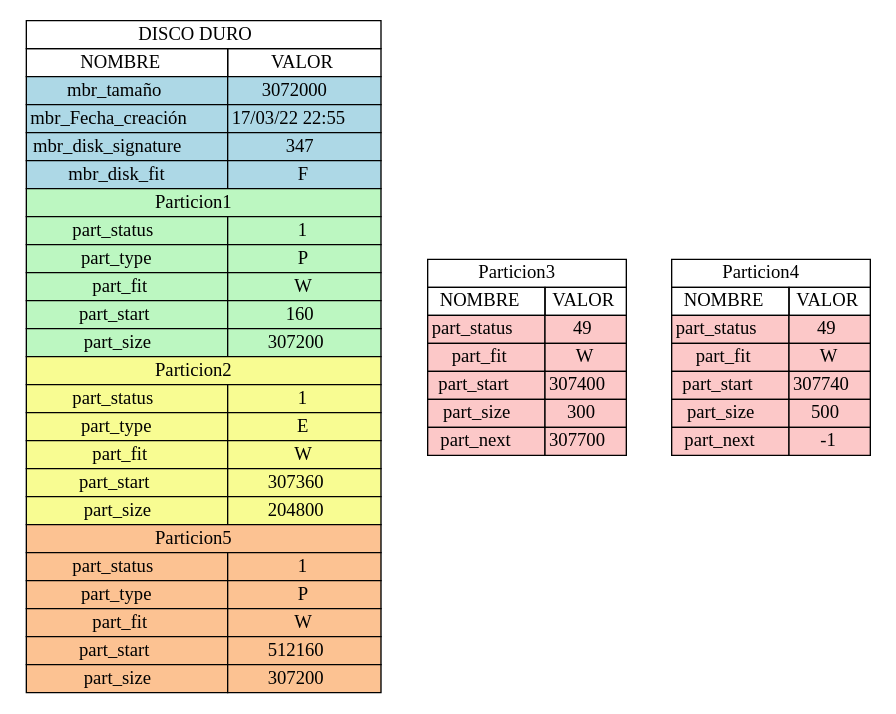
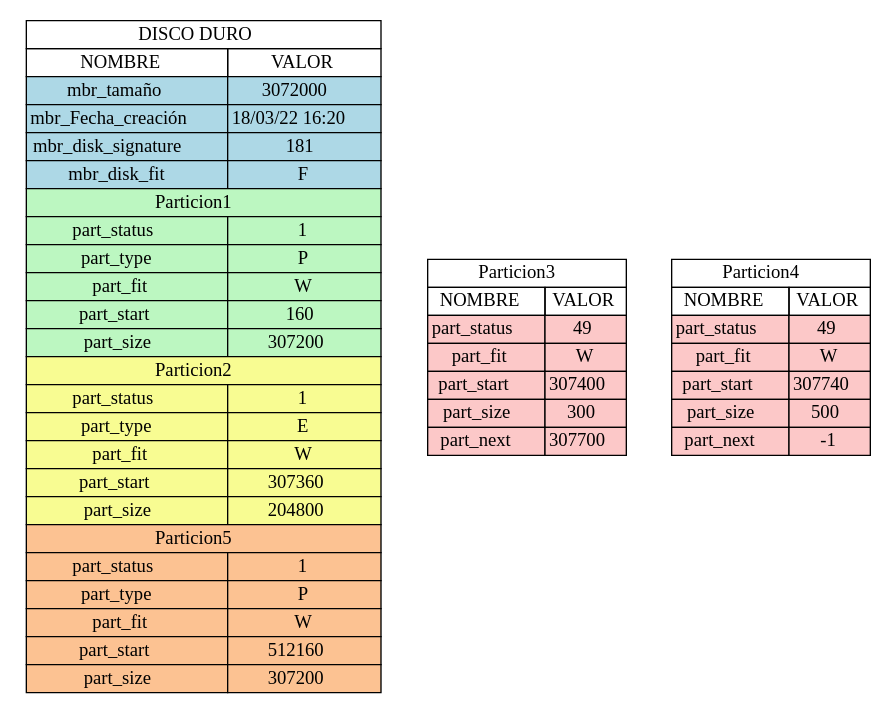
Before and after one commit to 2730538920101/P1_MIA_201709282: the diagram in MasterBootRecord_report.dot, drawn with Graphviz. The commit also changed 7 other files, not shown here.

```diff
--- a/MasterBootRecord_report.dot
+++ b/MasterBootRecord_report.dot
@@ -1,59 +1,59 @@
 digraph {
 tbl[
 shape=plaintext
  label =<
 <table border='0' cellborder='1' cellspacing='0'>
 <tr><td colspan="3">DISCO DURO</td></tr>
 <th><td>NOMBRE</td><td>VALOR</td></th>
 <tr><td bgcolor="lightblue">mbr_tamaño</td><td bgcolor="lightblue">3072000</td></tr>
-<tr><td bgcolor="lightblue">mbr_Fecha_creación</td><td bgcolor="lightblue">17/03/22 22:55</td></tr>
-<tr><td bgcolor="lightblue">mbr_disk_signature</td><td bgcolor="lightblue">347</td></tr>
+<tr><td bgcolor="lightblue">mbr_Fecha_creación</td><td bgcolor="lightblue">18/03/22 16:20</td></tr>
+<tr><td bgcolor="lightblue">mbr_disk_signature</td><td bgcolor="lightblue">181</td></tr>
 <tr><td bgcolor="lightblue">mbr_disk_fit</td><td bgcolor="lightblue">F</td></tr>
 <tr><td colspan="2" bgcolor="#bcf7c1">Particion1</td></tr>
 <tr><td bgcolor="#bcf7c1">part_status</td><td bgcolor="#bcf7c1">1</td></tr>
 <tr><td bgcolor="#bcf7c1">part_type</td><td bgcolor="#bcf7c1">P</td></tr>
 <tr><td bgcolor="#bcf7c1">part_fit</td><td bgcolor="#bcf7c1">W</td></tr>
 <tr><td bgcolor="#bcf7c1">part_start</td><td bgcolor="#bcf7c1">160</td></tr>
 <tr><td bgcolor="#bcf7c1">part_size</td><td bgcolor="#bcf7c1">307200</td></tr>
 <tr><td colspan="2" bgcolor="#f8fc92">Particion2</td></tr>
 <tr><td bgcolor="#f8fc92">part_status</td><td bgcolor="#f8fc92">1</td></tr>
 <tr><td bgcolor="#f8fc92">part_type</td><td bgcolor="#f8fc92">E</td></tr>
 <tr><td bgcolor="#f8fc92">part_fit</td><td bgcolor="#f8fc92">W</td></tr>
 <tr><td bgcolor="#f8fc92">part_start</td><td bgcolor="#f8fc92">307360</td></tr>
 <tr><td bgcolor="#f8fc92">part_size</td><td bgcolor="#f8fc92">204800</td></tr>
 <tr><td colspan="2" bgcolor="#fcc292">Particion5</td></tr>
 <tr><td bgcolor="#fcc292">part_status</td><td bgcolor="#fcc292">1</td></tr>
 <tr><td bgcolor="#fcc292">part_type</td><td bgcolor="#fcc292">P</td></tr>
 <tr><td bgcolor="#fcc292">part_fit</td><td bgcolor="#fcc292">W</td></tr>
 <tr><td bgcolor="#fcc292">part_start</td><td bgcolor="#fcc292">512160</td></tr>
 <tr><td bgcolor="#fcc292">part_size</td><td bgcolor="#fcc292">307200</td></tr>
 </table>
 >];
 
 tbl1 [
 shape=plaintext
  label=<
 <table border='0' cellborder='1' cellspacing='0'>
 <tr><td colspan="3">Particion3</td></tr>
 <th><td>NOMBRE</td><td>VALOR</td></th>
 <tr><td bgcolor="#fcc8c8">part_status</td><td bgcolor="#fcc8c8">49</td></tr>
 <tr><td bgcolor="#fcc8c8">part_fit</td><td bgcolor="#fcc8c8">W</td></tr>
 <tr><td bgcolor="#fcc8c8">part_start</td><td bgcolor="#fcc8c8">307400</td></tr>
 <tr><td bgcolor="#fcc8c8">part_size</td><td bgcolor="#fcc8c8">300</td></tr>
 <tr><td bgcolor="#fcc8c8">part_next</td><td bgcolor="#fcc8c8">307700</td></tr>
 </table>
 >];
 tbl2 [
 shape=plaintext
  label=<
 <table border='0' cellborder='1' cellspacing='0'>
 <tr><td colspan="3">Particion4</td></tr>
 <th><td>NOMBRE</td><td>VALOR</td></th>
 <tr><td bgcolor="#fcc8c8">part_status</td><td bgcolor="#fcc8c8">49</td></tr>
 <tr><td bgcolor="#fcc8c8">part_fit</td><td bgcolor="#fcc8c8">W</td></tr>
 <tr><td bgcolor="#fcc8c8">part_start</td><td bgcolor="#fcc8c8">307740</td></tr>
 <tr><td bgcolor="#fcc8c8">part_size</td><td bgcolor="#fcc8c8">500</td></tr>
 <tr><td bgcolor="#fcc8c8">part_next</td><td bgcolor="#fcc8c8">-1</td></tr>
 </table>
 >];
 }
```
